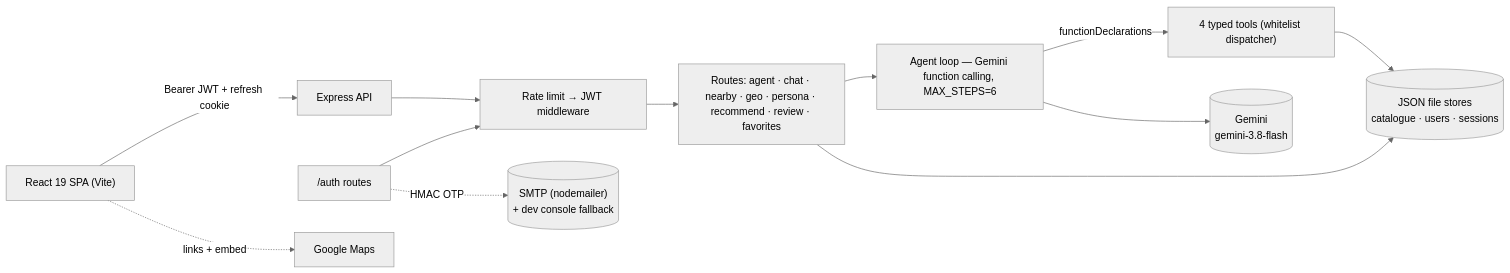
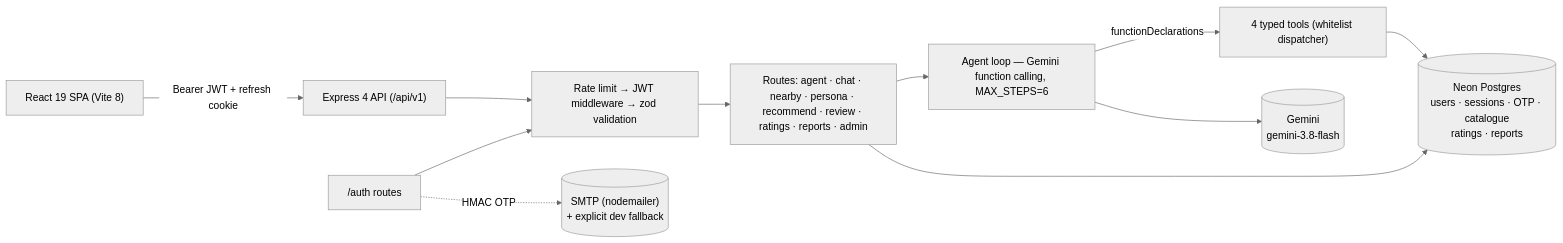
The diagram in README.md (hiamrhex/naijaaste-ai), drawn with Mermaid (neutral theme) before and after one commit. The commit also changed other lines of this file and 5 other files, not shown here.

````diff
--- a/README.md
+++ b/README.md
@@ -25,14 +28,13 @@
 ```mermaid
 flowchart LR
-  SPA["React 19 SPA (Vite)"] -->|"Bearer JWT + refresh cookie"| API["Express API"]
-  API --> MW["Rate limit → JWT middleware"]
-  MW --> R["Routes: agent · chat · nearby · geo · persona · recommend · review · favorites"]
+  SPA["React 19 SPA (Vite 8)"] -->|"Bearer JWT + refresh cookie"| API["Express 4 API (/api/v1)"]
+  API --> MW["Rate limit → JWT middleware → zod validation"]
+  MW --> R["Routes: agent · chat · nearby · persona · recommend · review · ratings · reports · admin"]
   R --> AG["Agent loop — Gemini function calling, MAX_STEPS=6"]
   AG -->|"functionDeclarations"| TL["4 typed tools (whitelist dispatcher)"]
-  TL --> ST[("JSON file stores\ncatalogue · users · sessions")]
-  R --> ST
+  TL --> DB[("Neon Postgres\nusers · sessions · OTP · catalogue\nratings · reports")]
+  R --> DB
   AG --> GM[("Gemini\n gemini-3.8-flash")]
   AUTH["/auth routes"] --> MW
-  AUTH -.->|"HMAC OTP"| SM[("SMTP (nodemailer)\n + dev console fallback")]
-  SPA -.->|"links + embed"| MAPS["Google Maps"]
+  AUTH -.->|"HMAC OTP"| SM[("SMTP (nodemailer)\n + explicit dev fallback")]
 ```
````
